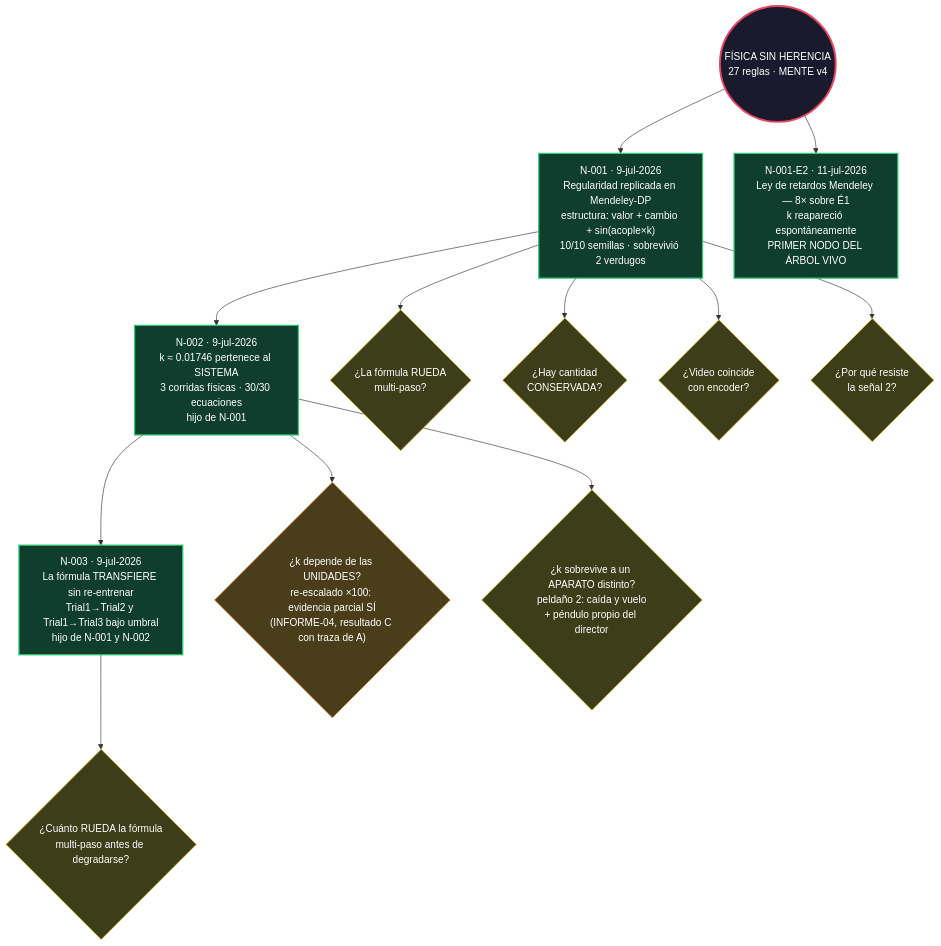
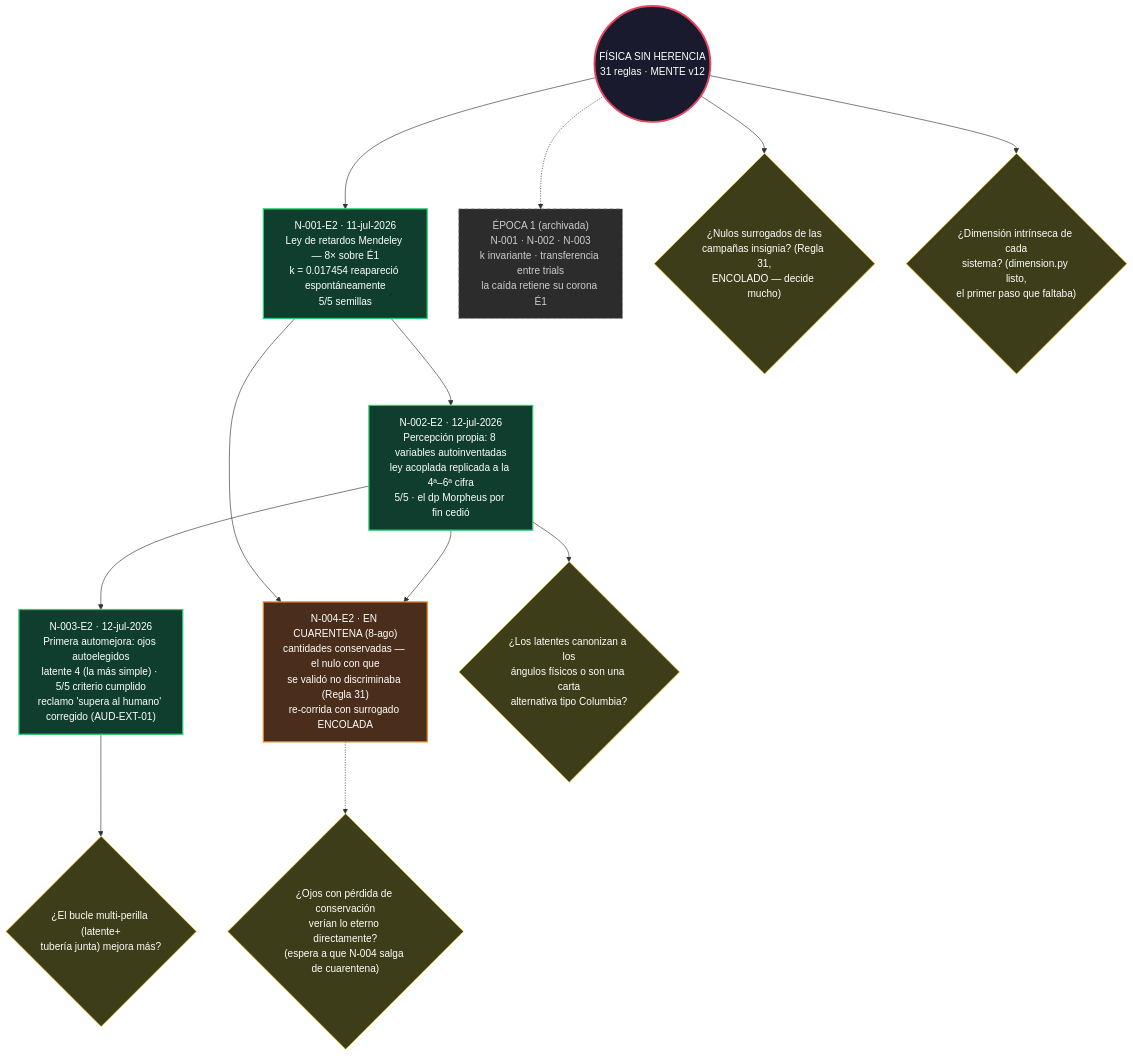
The diagram in arbol/ARBOL.md (Leo-BRAVO/fisica-sin-herencia), drawn with Mermaid before and after one commit. The commit also changed other lines of this file and 19 other files, not shown here.

````diff
--- a/arbol/ARBOL.md
+++ b/arbol/ARBOL.md
@@ -6,39 +6,35 @@
 ```mermaid
 graph TD
-    RAIZ(("FÍSICA SIN HERENCIA<br/>27 reglas · MENTE v4")):::raiz
+    RAIZ(("FÍSICA SIN HERENCIA<br/>31 reglas · MENTE v12")):::raiz
 
-    N001["N-001 · 9-jul-2026<br/>Regularidad replicada en Mendeley-DP<br/>estructura: valor + cambio + sin(acople×k)<br/>10/10 semillas · sobrevivió 2 verdugos"]:::nodo
-    N002["N-002 · 9-jul-2026<br/>k ≈ 0.01746 pertenece al SISTEMA<br/>3 corridas físicas · 30/30 ecuaciones<br/>hijo de N-001"]:::nodo
+    E2N001["N-001-E2 · 11-jul-2026<br/>Ley de retardos Mendeley — 8× sobre É1<br/>k = 0.017454 reapareció espontáneamente<br/>5/5 semillas"]:::nodo
+    E2N002["N-002-E2 · 12-jul-2026<br/>Percepción propia: 8 variables autoinventadas<br/>ley acoplada replicada a la 4ª–6ª cifra<br/>5/5 · el dp Morpheus por fin cedió"]:::nodo
+    E2N003["N-003-E2 · 12-jul-2026<br/>Primera automejora: ojos autoelegidos<br/>latente 4 (la más simple) · 5/5 criterio cumplido<br/>reclamo 'supera al humano' corregido (AUD-EXT-01)"]:::nodo
+    E2N004["N-004-E2 · EN CUARENTENA (8-ago)<br/>cantidades conservadas — el nulo con que<br/>se validó no discriminaba (Regla 31)<br/>re-corrida con surrogado ENCOLADA"]:::cuarentena
 
-    P1{"¿La fórmula RUEDA<br/>multi-paso?"}:::pregunta
-    P3{"¿Hay cantidad<br/>CONSERVADA?"}:::pregunta
-    P4{"¿Video coincide<br/>con encoder?"}:::pregunta
-    P5{"¿Por qué resiste<br/>la señal 2?"}:::pregunta
+    E1["ÉPOCA 1 (archivada)<br/>N-001 · N-002 · N-003<br/>k invariante · transferencia entre trials<br/>la caída retiene su corona É1"]:::archivo
 
-    N003["N-003 · 9-jul-2026<br/>La fórmula TRANSFIERE sin re-entrenar<br/>Trial1→Trial2 y Trial1→Trial3 bajo umbral<br/>hijo de N-001 y N-002"]:::nodo
-
-    Q1{"¿k depende de las UNIDADES?<br/>re-escalado ×100: evidencia parcial SÍ<br/>(INFORME-04, resultado C con traza de A)"}:::parcial
-    Q3{"¿k sobrevive a un APARATO distinto?<br/>peldaño 2: caída y vuelo<br/>+ péndulo propio del director"}:::pregunta
-    Q4{"¿Cuánto RUEDA la fórmula<br/>multi-paso antes de degradarse?"}:::pregunta
-
-    E2N001["N-001-E2 · 11-jul-2026<br/>Ley de retardos Mendeley — 8× sobre É1<br/>k reapareció espontáneamente<br/>PRIMER NODO DEL ÁRBOL VIVO"]:::nodo
+    P1{"¿Nulos surrogados de las<br/>campañas insignia? (Regla 31,<br/>ENCOLADO — decide mucho)"}:::pregunta
+    P2{"¿Dimensión intrínseca de cada<br/>sistema? (dimension.py listo,<br/>el primer paso que faltaba)"}:::pregunta
+    P3{"¿Los latentes canonizan a los<br/>ángulos físicos o son una carta<br/>alternativa tipo Columbia?"}:::pregunta
+    P4{"¿Ojos con pérdida de conservación<br/>verían lo eterno directamente?<br/>(espera a que N-004 salga de cuarentena)"}:::pregunta
+    P5{"¿El bucle multi-perilla (latente+<br/>tubería junta) mejora más?"}:::pregunta
 
     RAIZ --> E2N001
-    RAIZ --> N001
-    N001 --> N002
-    N001 --> P1
-    N001 --> P3
-    N001 --> P4
-    N001 --> P5
-    N002 --> Q1
-    N002 --> N003
-    N002 --> Q3
-    N003 --> Q4
-
-    classDef parcial fill:#4a3d1a,stroke:#e67e22,color:#fff
+    RAIZ -.-> E1
+    E2N001 --> E2N002
+    E2N002 --> E2N003
+    E2N001 --> E2N004
+    E2N002 --> E2N004
+    RAIZ --> P1
+    RAIZ --> P2
+    E2N002 --> P3
+    E2N004 -.-> P4
+    E2N003 --> P5
 
     classDef raiz fill:#1a1a2e,stroke:#e94560,color:#fff,stroke-width:3px
     classDef nodo fill:#0f3d2e,stroke:#2ecc71,color:#fff,stroke-width:2px
+    classDef cuarentena fill:#4a2d1a,stroke:#e67e22,color:#fff,stroke-width:2px
     classDef pregunta fill:#3d3d1a,stroke:#f1c40f,color:#fff
-    classDef encurso fill:#2c2c54,stroke:#818cf8,color:#fff,stroke-dasharray: 5 5
+    classDef archivo fill:#2c2c2c,stroke:#7f8c8d,color:#ccc,stroke-dasharray: 5 5
 ```
````
